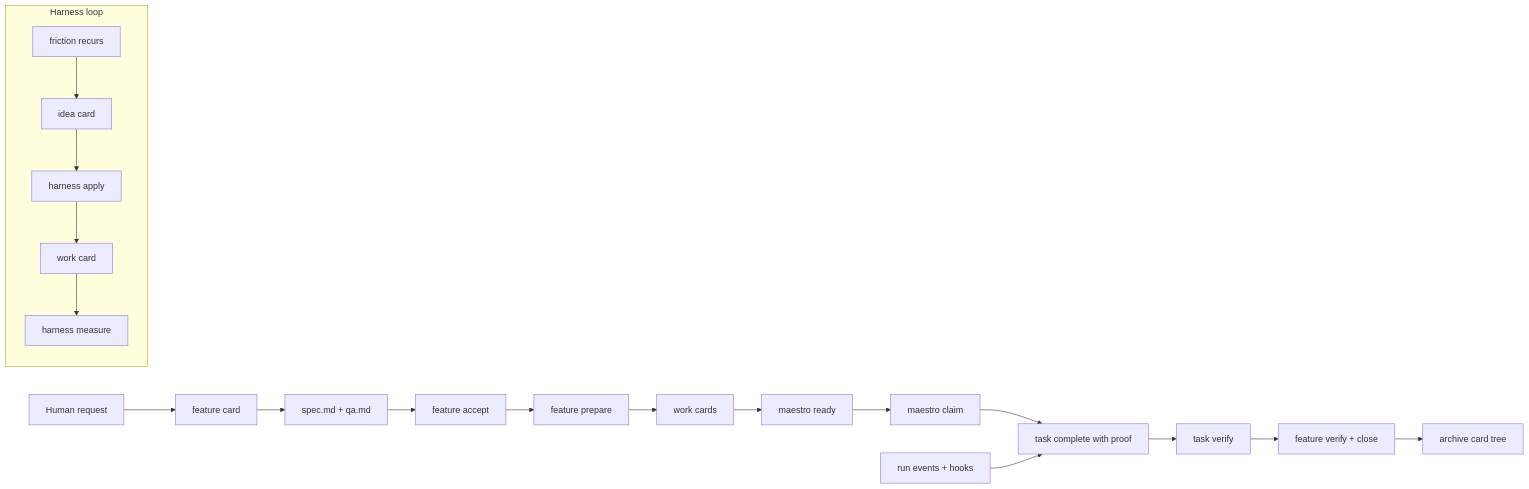
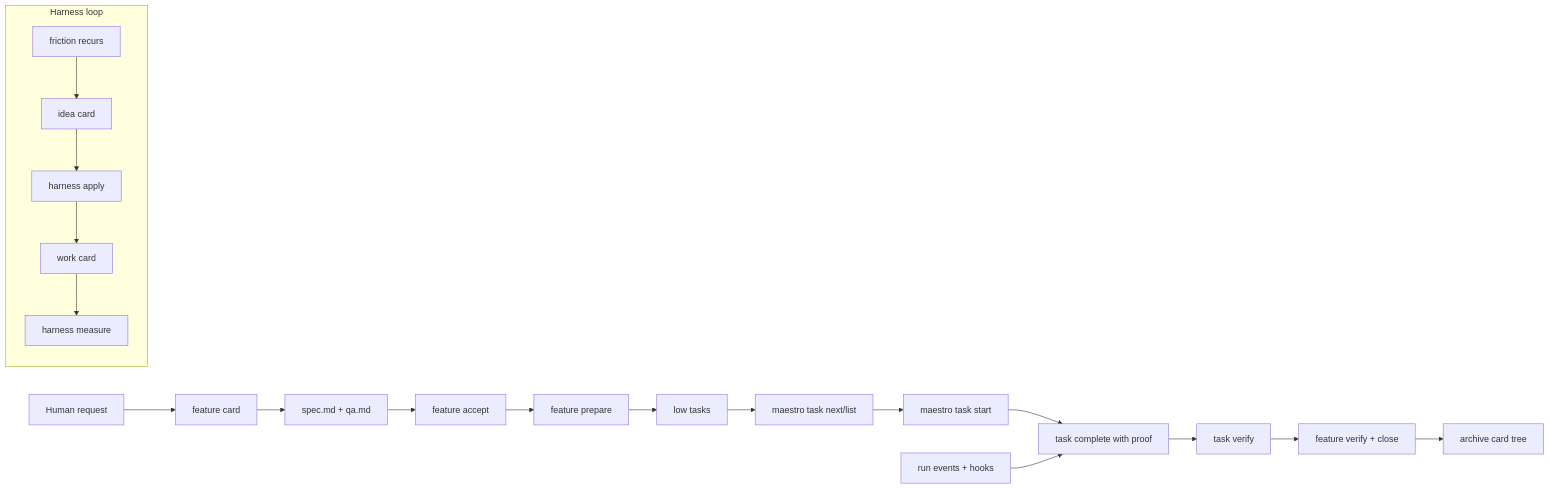
One commit to ReinaMacCredy/maestro changed the first of 2 diagrams in README.md. Above: the diagram before and after it, drawn with Mermaid. The commit also changed other lines of this file and 17 other files, not shown here.

````diff
--- a/README.md
+++ b/README.md
@@ -56,23 +74,23 @@
 ```mermaid
 flowchart LR
     A[Human request] --> B[feature card]
     B --> C[spec.md + qa.md]
     C --> D[feature accept]
     D --> E[feature prepare]
-    E --> F[work cards]
-    F --> G[maestro ready]
-    G --> H[maestro claim]
+    E --> F[low tasks]
+    F --> G[maestro task next/list]
+    G --> H[maestro task start]
     H --> I[task complete with proof]
     I --> J[task verify]
     J --> K[feature verify + close]
     K --> L[archive card tree]
 
     R[run events + hooks] --> I
 
     subgraph Harness loop
         M[friction recurs] --> N[idea card]
         N --> O[harness apply]
         O --> P[work card]
         P --> Q[harness measure]
     end
 ```
````
